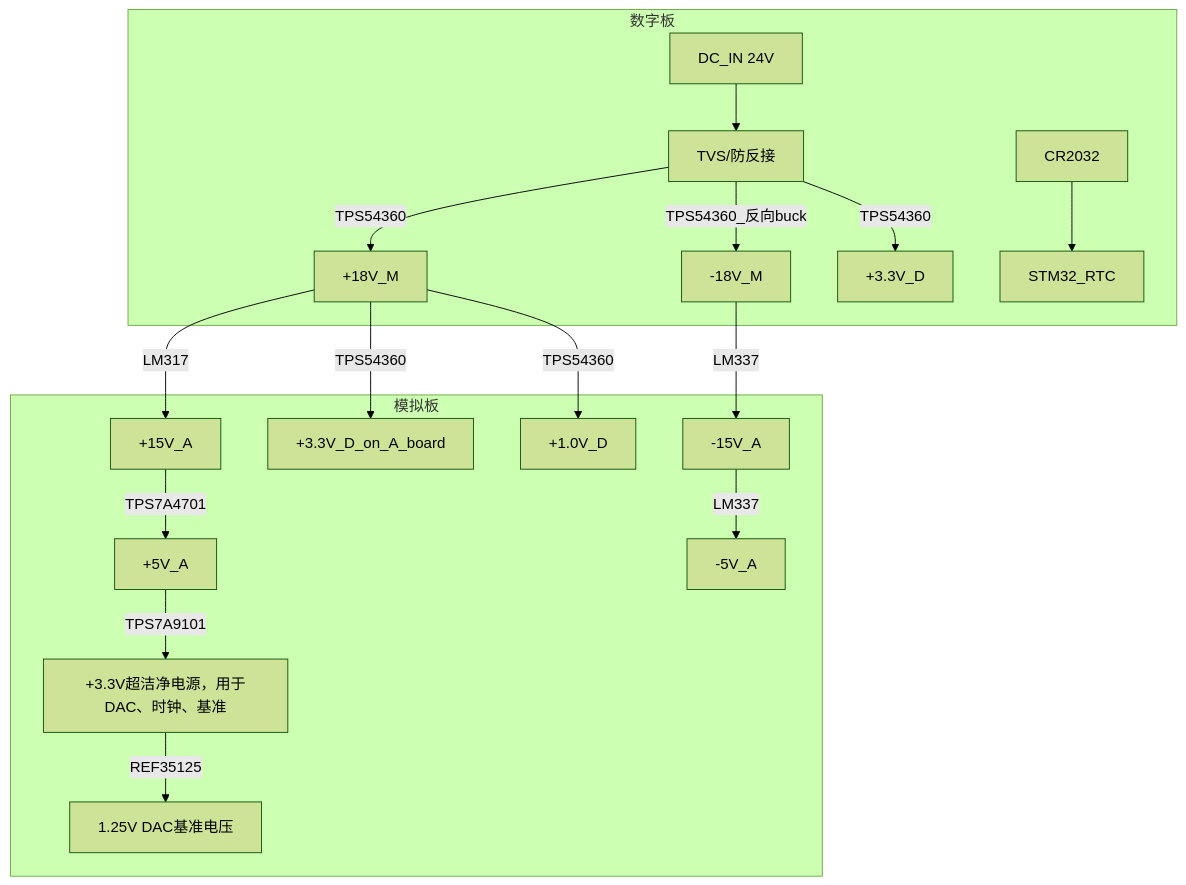
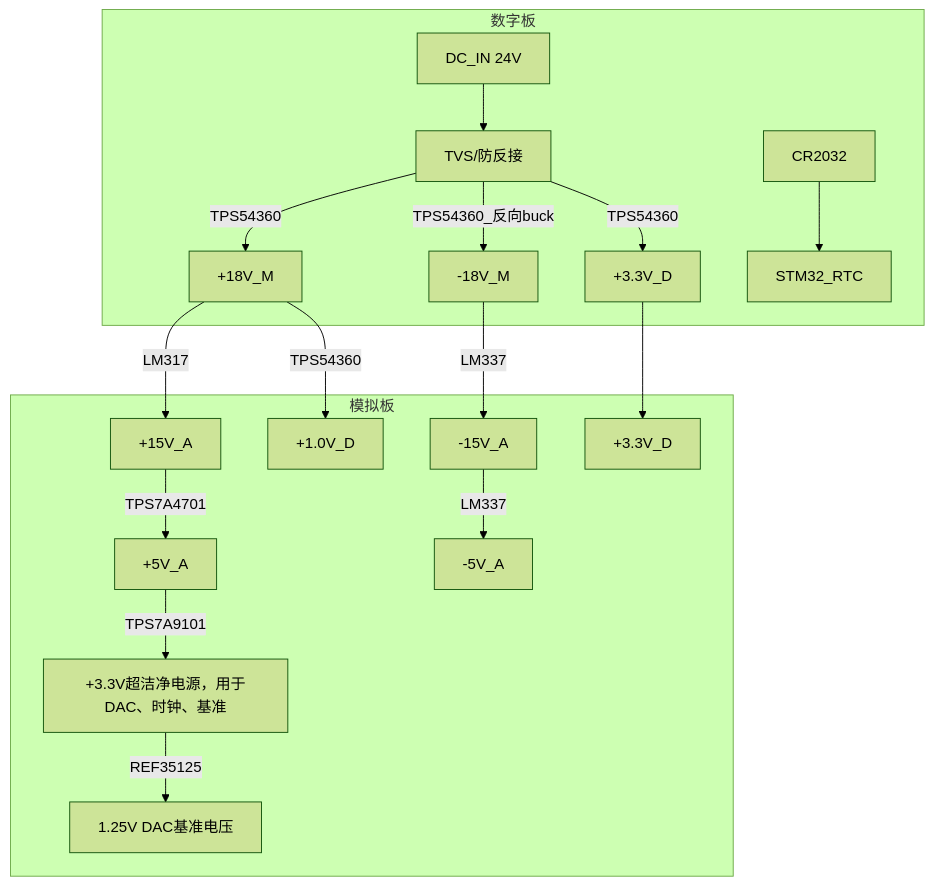
Before and after one commit to EERNINUO/ArbWave30: the diagram in docs/硬件架构文档.md, drawn with Mermaid (forest theme). The commit also changed other lines of this file and 5 other files, not shown here.

````diff
--- a/docs/硬件架构文档.md
+++ b/docs/硬件架构文档.md
@@ -97,25 +96,25 @@
 ```mermaid
 graph TD
   subgraph 数字板
   Vin[DC_IN 24V] --> TVS[TVS/防反接]
 
   TVS -->|TPS54360| +18V_M[+18V_M]
   TVS -->|TPS54360_反向buck| -18V_M[-18V_M]
   TVS -->|TPS54360| +3.3V_D[+3.3V_D]
     +3.3V_D[+3.3V_D]
 
     +3.0V_RTC[CR2032] --> STM32_RTC
   end
 
   subgraph 模拟板
     +18V_M -->|LM317| +15V_A[+15V_A]
     -18V_M -->|LM337| -15V_A[-15V_A]
     +15V_A -->|TPS7A4701| +5V_A[+5V_A]
     -15V_A -->|LM337| -5V_A[-5V_A]
     +5V_A -->|TPS7A9101| +3.3V_A[+3.3V超洁净电源，用于DAC、时钟、基准]
     +3.3V_A -->|REF35125| 1.25[1.25V DAC基准电压]
 
-    +18V_M -->|TPS54360| +3.3V_D_on_A_board[+3.3V_D_on_A_board]
+    +3.3V_D --> +3.3V_D_on_A_board[+3.3V_D]
     +18V_M -->|TPS54360| +1.0V_D[+1.0V_D]
   end
 ```
````
